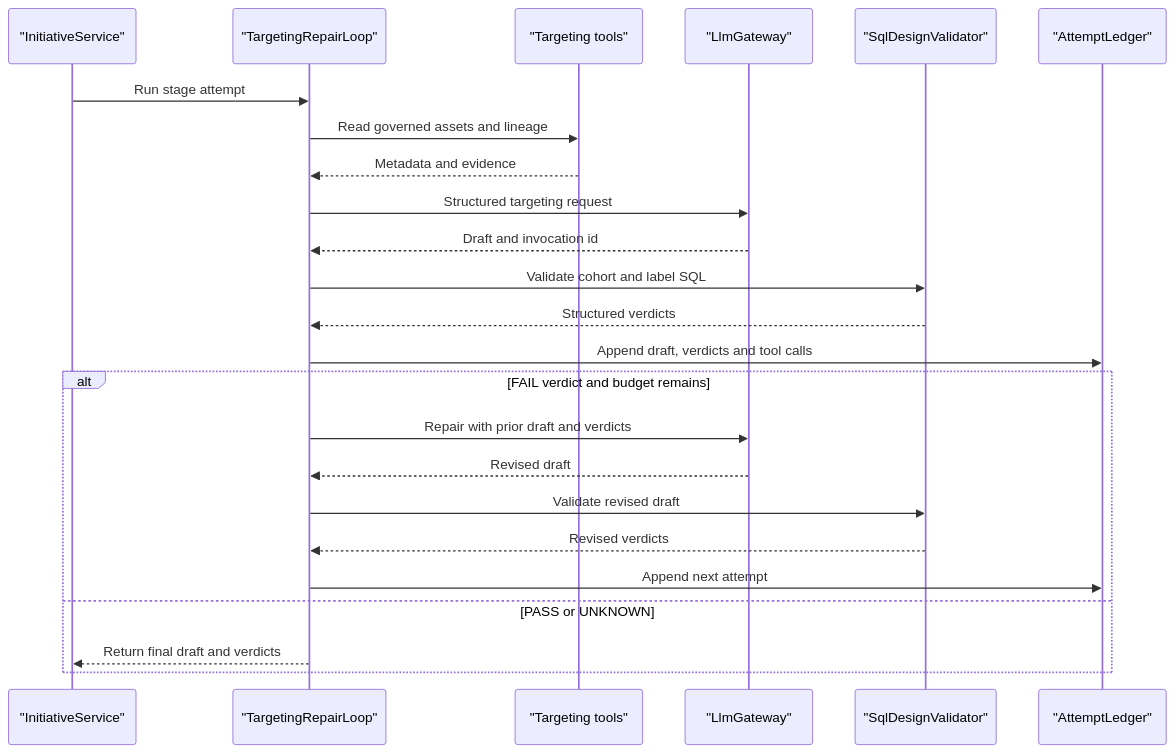
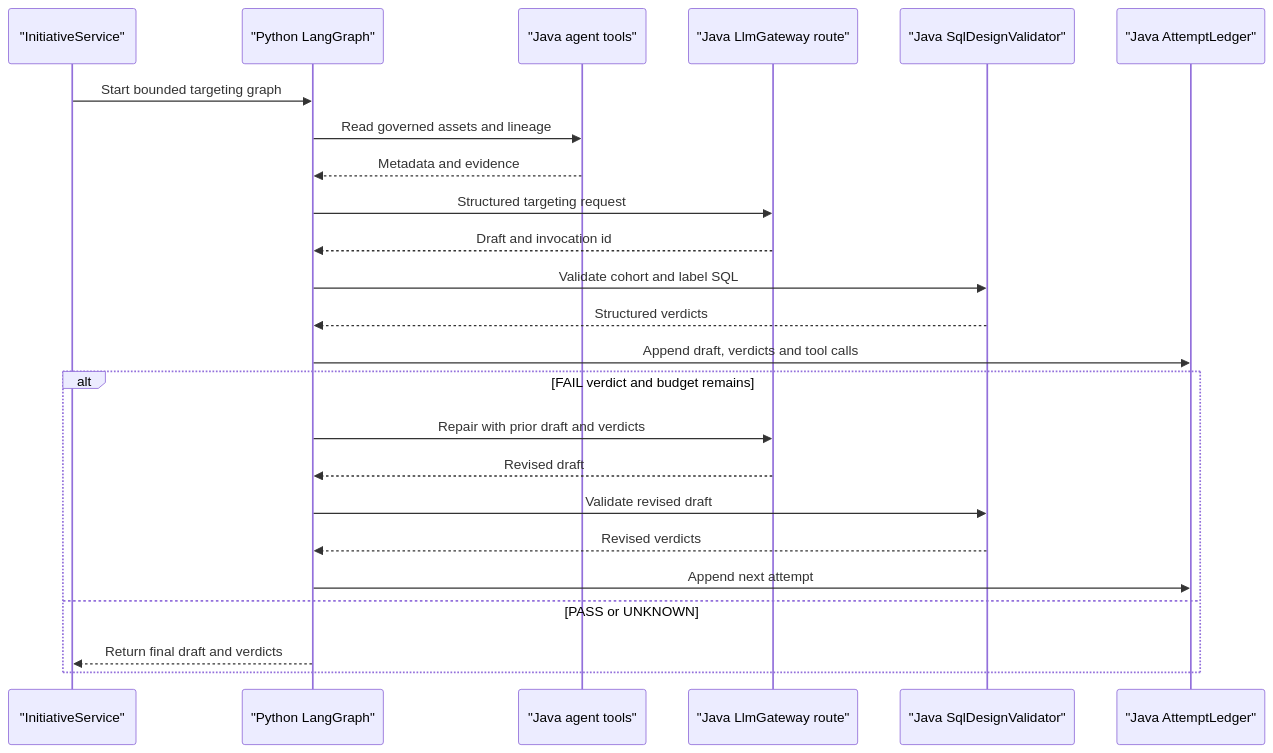
One commit to mohangundappa/aurora-model-studio changed the diagram in docs/design/impl/layer-2-targeting-repair-agent.md. Above: the diagram before and after it, drawn with Mermaid. The commit also changed other lines of this file and 17 other files, not shown here.

Commit message:
docs: apply the per-layer technology rule of React, Spring Boot and Python LangGraph

````diff
--- a/docs/design/impl/layer-2-targeting-repair-agent.md
+++ b/docs/design/impl/layer-2-targeting-repair-agent.md
@@ -195,26 +191,26 @@
 ```mermaid
 sequenceDiagram
   participant I as "InitiativeService"
-  participant L as "TargetingRepairLoop"
-  participant T as "Targeting tools"
-  participant G as "LlmGateway"
-  participant J as "SqlDesignValidator"
-  participant A as "AttemptLedger"
-  I->>L: Run stage attempt
-  L->>T: Read governed assets and lineage
-  T-->>L: Metadata and evidence
-  L->>G: Structured targeting request
-  G-->>L: Draft and invocation id
-  L->>J: Validate cohort and label SQL
-  J-->>L: Structured verdicts
-  L->>A: Append draft, verdicts and tool calls
+  participant P as "Python LangGraph"
+  participant T as "Java agent tools"
+  participant G as "Java LlmGateway route"
+  participant J as "Java SqlDesignValidator"
+  participant A as "Java AttemptLedger"
+  I->>P: Start bounded targeting graph
+    P->>T: Read governed assets and lineage
+  T-->>P: Metadata and evidence
+  P->>G: Structured targeting request
+  G-->>P: Draft and invocation id
+  P->>J: Validate cohort and label SQL
+  J-->>P: Structured verdicts
+  P->>A: Append draft, verdicts and tool calls
   alt FAIL verdict and budget remains
-    L->>G: Repair with prior draft and verdicts
-    G-->>L: Revised draft
-    L->>J: Validate revised draft
-    J-->>L: Revised verdicts
-    L->>A: Append next attempt
+    P->>G: Repair with prior draft and verdicts
+    G-->>P: Revised draft
+    P->>J: Validate revised draft
+    J-->>P: Revised verdicts
+    P->>A: Append next attempt
   else PASS or UNKNOWN
-    L-->>I: Return final draft and verdicts
+    P-->>I: Return final draft and verdicts
   end
 ```
````
